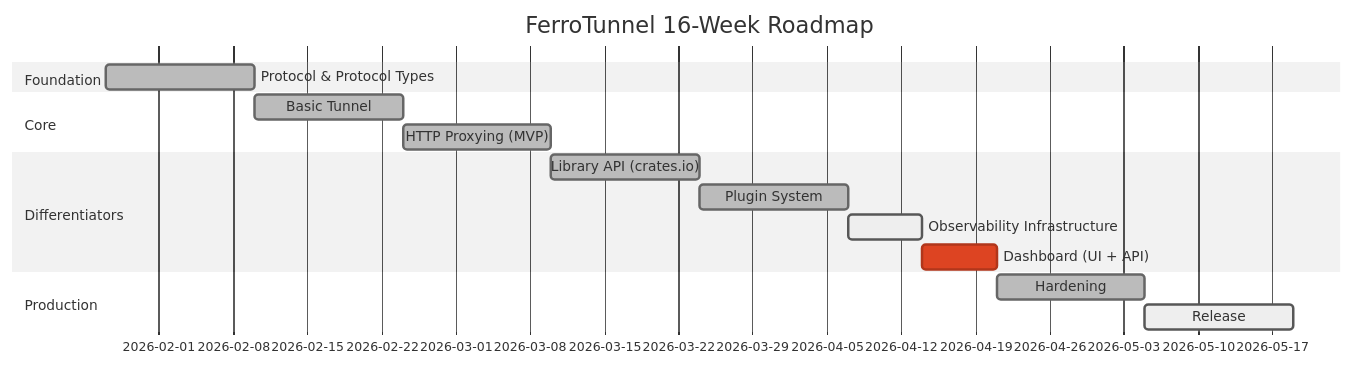
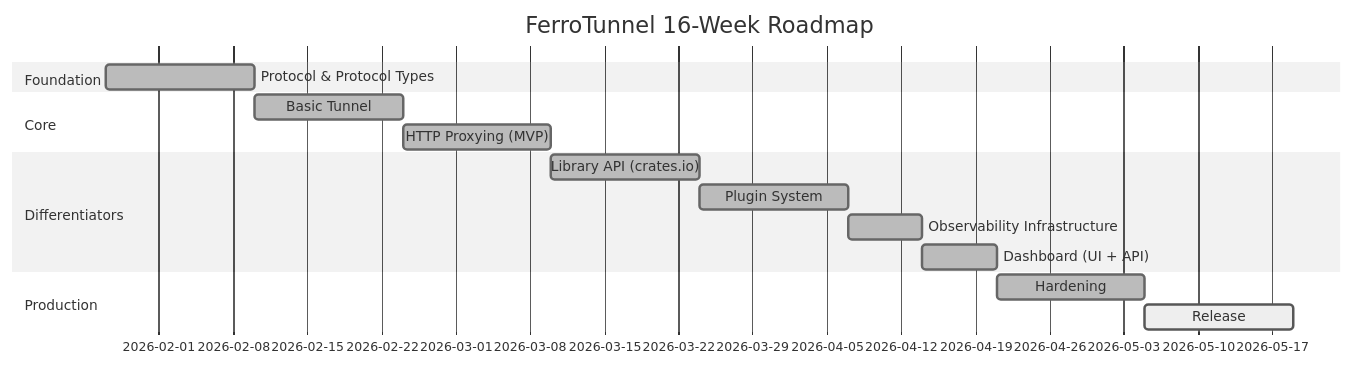
Before and after one commit to MitulShah1/ferrotunnel: the diagram in ROADMAP.md, drawn with Mermaid (neutral theme). The commit also changed other lines of this file and 21 other files, not shown here.

Commit message:
feat(observability): implement real-time dashboard, API infrastructure and update documentation

````diff
--- a/ROADMAP.md
+++ b/ROADMAP.md
@@ -21,18 +21,18 @@
 ```mermaid
 gantt
     title FerroTunnel 16-Week Roadmap
     dateFormat YYYY-MM-DD
     section Foundation
     Protocol & Protocol Types     :done, p1, 2026-01-27, 2w
     section Core
     Basic Tunnel                   :done, p2, after p1, 2w
     HTTP Proxying (MVP)            :done, p3, after p2, 2w
     section Differentiators
     Library API (crates.io)        :done, p4, after p3, 2w
     Plugin System                  :done, p5, after p4, 2w
-    Observability Infrastructure   :active, p6, after p5, 1w
-    Dashboard (UI + API)           :crit, p7, after p6, 1w
+    Observability Infrastructure   :done, p6, after p5, 1w
+    Dashboard (UI + API)           :done, p7, after p6, 1w
     section Production
     Hardening                      :done, p8, after p7, 2w
     Release                        :active, p9, after p8, 2w
 ```
````
